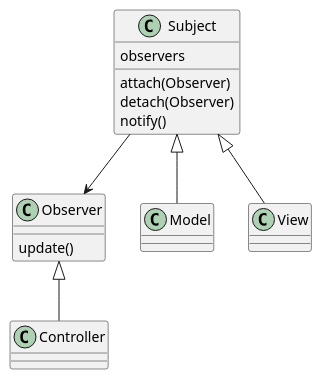
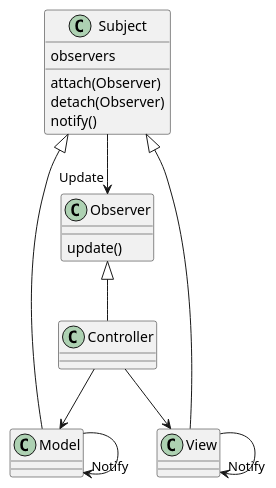
One commit to fhirter/Software-Engineering changed the diagram in Examples/Python/MVC_Observer/class_diagram.puml. Above: the diagram before and after it, drawn with PlantUML.

Commit message:
update MVC example class diagram

```diff
--- a/Examples/Python/MVC_Observer/class_diagram.puml
+++ b/Examples/Python/MVC_Observer/class_diagram.puml
@@ -1,20 +1,26 @@
 @startuml
 class Observer {
     update()
 }
 
 class Subject {
     observers
     attach(Observer)
     detach(Observer)
     notify()
 }
 
 Observer <|-- Controller
 
 Subject <|-- Model
 Subject <|-- View
 
-Subject --> Observer
+Subject --> "Update" Observer
+
+Model --> "Notify" Model
+View --> "Notify" View
+
+Controller --> Model
+Controller --> View
 
 @enduml
```
